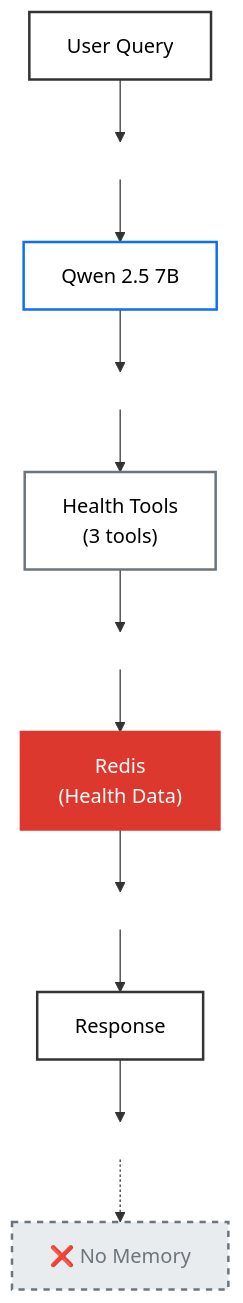
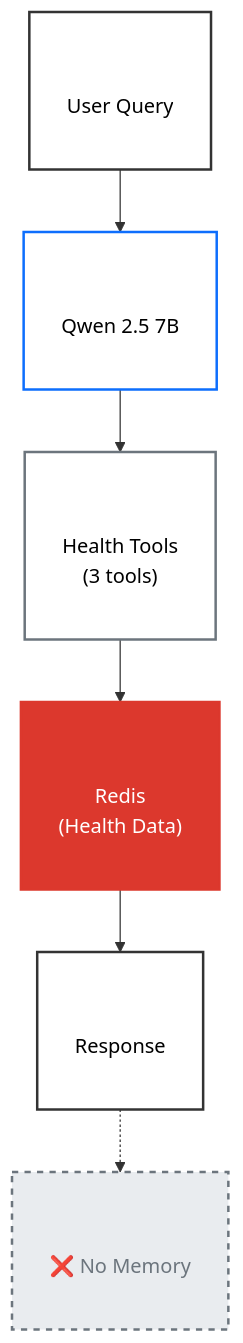
One commit to AllieRays/redis-wellness changed the first of 2 diagrams in README.md. Above: the diagram before and after it, drawn with Mermaid. The commit also changed other lines of this file and 7 other files, not shown here.

Commit message:
Expand Mermaid diagrams with padding and min-height for visibility

````diff
--- a/README.md
+++ b/README.md
@@ -89,33 +89,22 @@
 ```mermaid
 flowchart TD
-    S1["User Query"]:::query
-    S2[" "]:::spacer
-    S3["Qwen 2.5 7B"]:::llm
-    S4[" "]:::spacer
-    S5["Health Tools<br/>(3 tools)"]:::tool
-    S6[" "]:::spacer
-    S7["Redis<br/>(Health Data)"]:::redis
-    S8[" "]:::spacer
-    S9["Response"]:::response
-    S10[" "]:::spacer
-    S11["❌ No Memory"]:::nomemory
+    S1["<br/><br/>User Query<br/><br/>"]:::query
+    S2["<br/><br/>Qwen 2.5 7B<br/><br/>"]:::llm
+    S3["<br/><br/>Health Tools<br/>(3 tools)<br/><br/>"]:::tool
+    S4["<br/><br/>Redis<br/>(Health Data)<br/><br/>"]:::redis
+    S5["<br/><br/>Response<br/><br/>"]:::response
+    S6["<br/><br/>❌ No Memory<br/><br/>"]:::nomemory
 
     S1 --> S2
     S2 --> S3
     S3 --> S4
     S4 --> S5
-    S5 --> S6
-    S6 --> S7
-    S7 --> S8
-    S8 --> S9
-    S9 --> S10
-    S10 -.-> S11
+    S5 -.-> S6
 
     classDef query fill:#fff,stroke:#333,stroke-width:2px,color:#000
     classDef llm fill:#fff,stroke:#0d6efd,stroke-width:2px,color:#000
     classDef tool fill:#fff,stroke:#6c757d,stroke-width:2px,color:#000
     classDef redis fill:#dc382d,stroke:#dc382d,stroke-width:2px,color:#fff
     classDef response fill:#fff,stroke:#333,stroke-width:2px,color:#000
     classDef nomemory fill:#e9ecef,stroke:#6c757d,stroke-width:2px,stroke-dasharray: 5 5,color:#6c757d
-    classDef spacer fill:none,stroke:none,color:transparent
 ```
````
